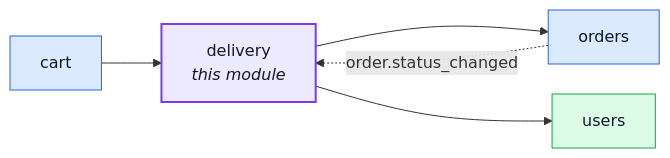
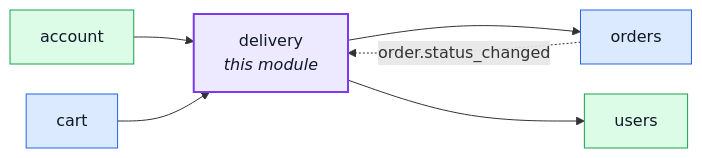
Before and after one commit to Guebbit/boilerplate-node-backend: the first of 2 diagrams in docs/modules/delivery.md, drawn with Mermaid. The commit also changed 69 other files, not shown here.

````diff
--- a/docs/modules/delivery.md
+++ b/docs/modules/delivery.md
@@ -16,21 +16,23 @@
 ```mermaid
 %%{init: {'flowchart': {'nodeSpacing': 30, 'rankSpacing': 60}}}%%
 flowchart LR
     delivery["delivery<br/><i>this module</i>"]
+    account["account"]
     cart["cart"]
     orders["orders"]
     users["users"]
 
+    account --> delivery
     cart --> delivery
     delivery --> orders
     delivery --> users
     orders -. "order.status_changed" .-> delivery
 
     classDef core fill:#dbeafe,stroke:#2563eb,color:#111827;
     classDef supporting fill:#fef3c7,stroke:#d97706,color:#111827;
     classDef generic fill:#dcfce7,stroke:#16a34a,color:#111827;
     classDef centre fill:#ede9fe,stroke:#7c3aed,stroke-width:2px,color:#111827;
     class cart,orders core;
-    class users generic;
+    class account,users generic;
     class delivery centre;
 ```
````
